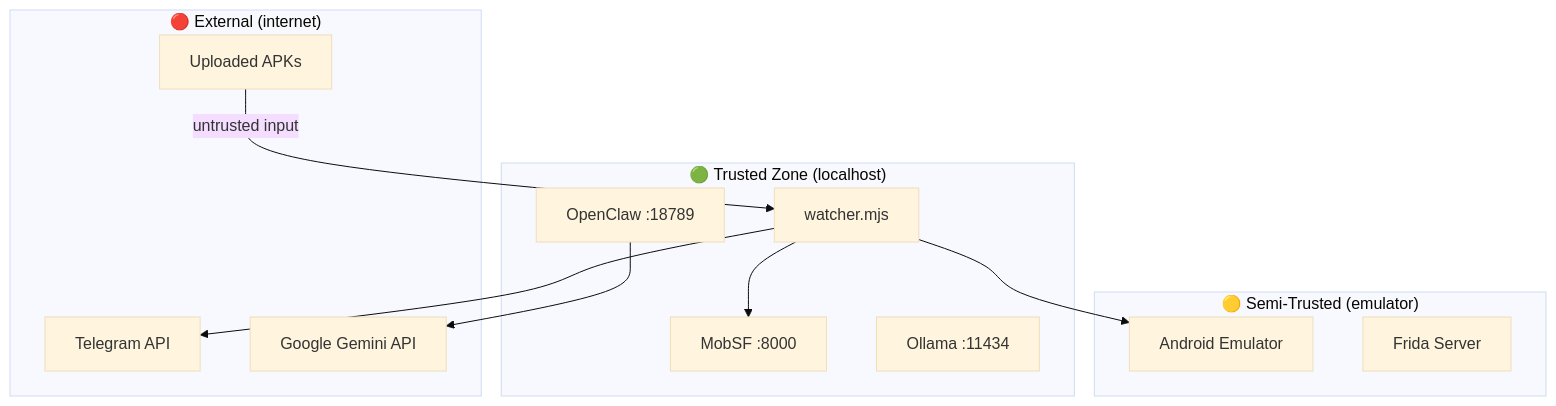
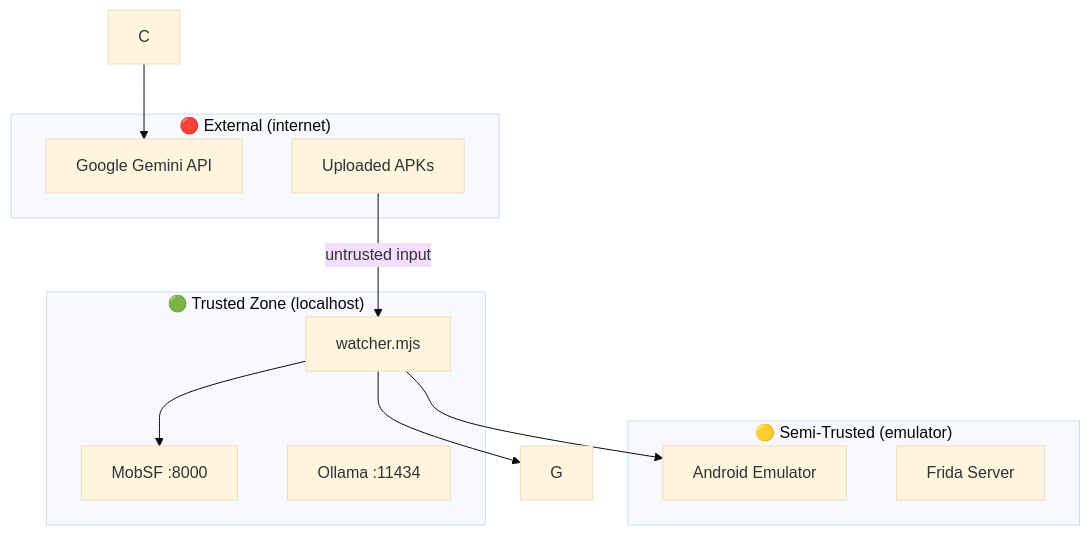
One commit to chaitanyacyb3r/WORMHOLE-SHINODROID changed the seventh of 7 diagrams in ARCHITECTURE.md. Above: the diagram before and after it, drawn with Mermaid (base theme). The commit also changed other lines of this file and 36 other files, not shown here.

Commit message:
chore: remove Telegram bot, OpenClaw refs, add ReportSanitizer, fix PDF template

````diff
--- a/ARCHITECTURE.md
+++ b/ARCHITECTURE.md
@@ -530,26 +433,24 @@
 ```mermaid
 graph TB
     subgraph Trusted Zone ["🟢 Trusted Zone (localhost)"]
         A[watcher.mjs]
         B[MobSF :8000]
-        C[OpenClaw :18789]
         D[Ollama :11434]
     end
 
     subgraph Semi-Trusted ["🟡 Semi-Trusted (emulator)"]
         E[Android Emulator]
         F[Frida Server]
     end
 
     subgraph External ["🔴 External (internet)"]
-        G[Telegram API]
         H[Google Gemini API]
         I[Uploaded APKs]
     end
 
     A --> B
     A --> G
     A --> E
     C --> H
     I -->|untrusted input| A
 ```
````
